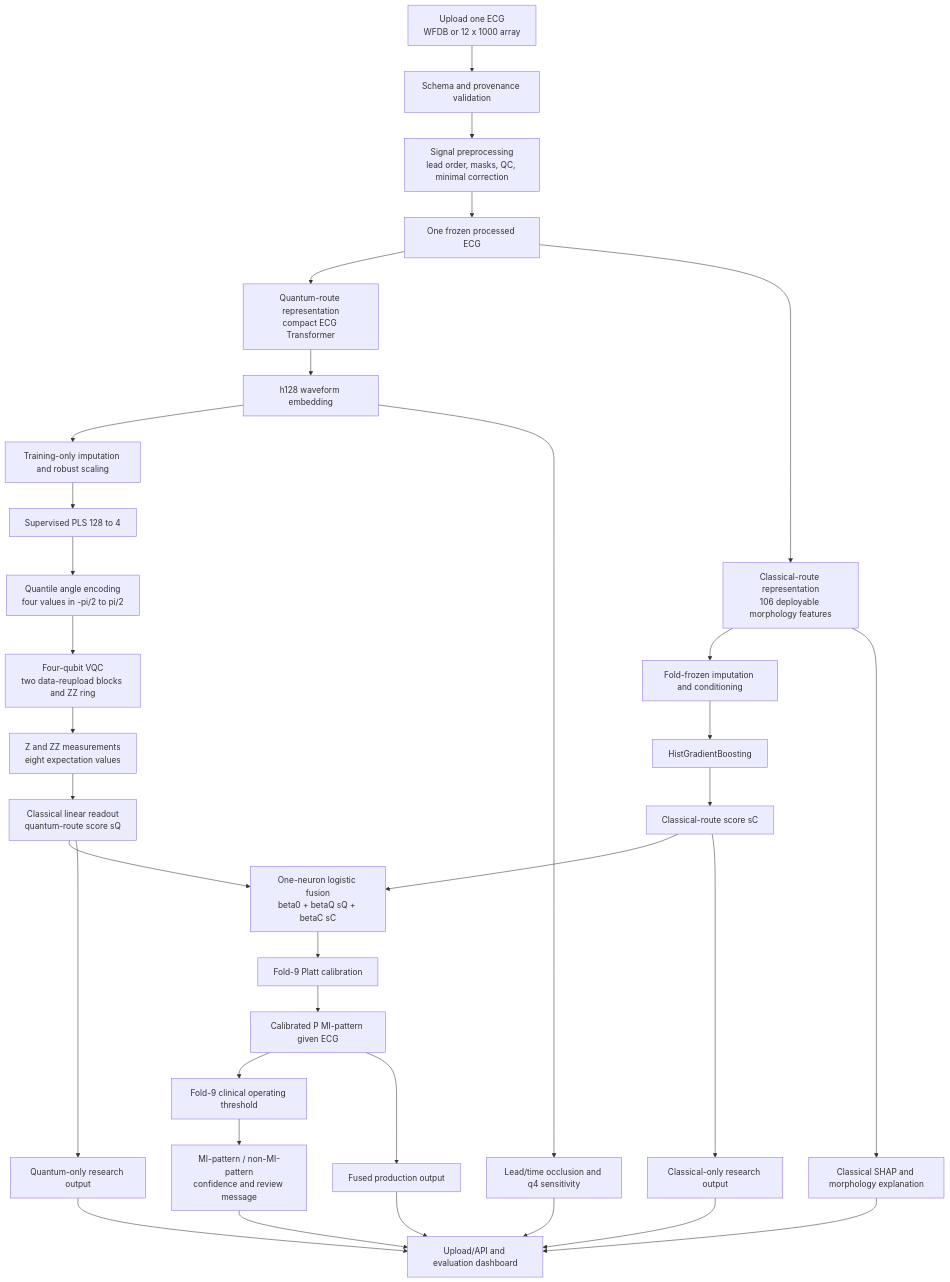
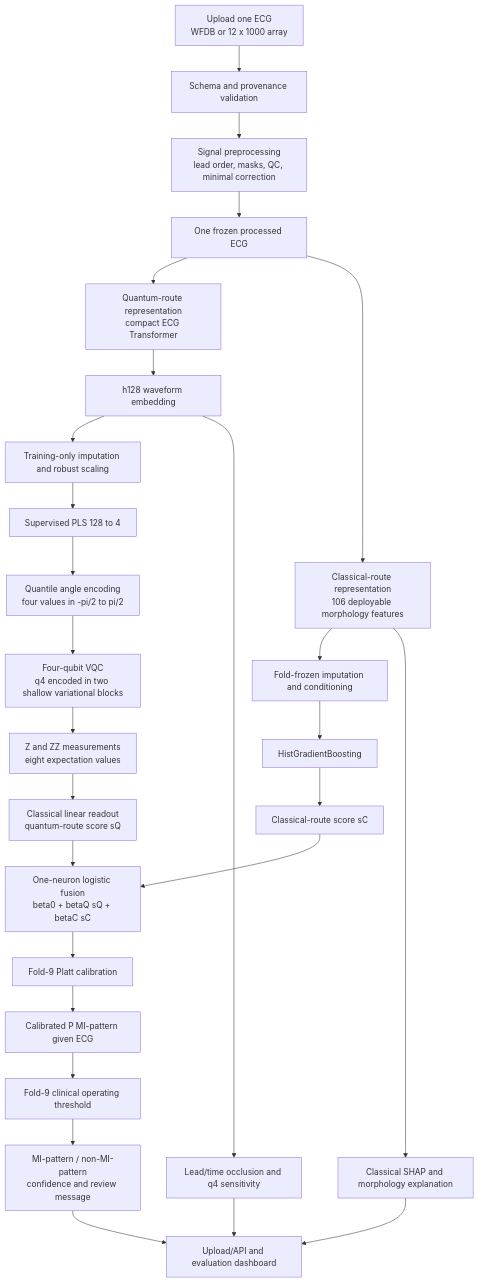
One commit to GaneshJamadar369/Quantum-ML-hybrid changed the first of 2 diagrams in docs/final_dual_route_requirement_audit_and_architecture_2026-09-27.md. Above: the diagram before and after it, drawn with Mermaid. The commit also changed other lines of this file and 1 other file, not shown here.

Commit message:
Clarify retained q4 encoding and production output

````diff
--- a/docs/final_dual_route_requirement_audit_and_architecture_2026-09-27.md
+++ b/docs/final_dual_route_requirement_audit_and_architecture_2026-09-27.md
@@ -38,40 +38,33 @@
 ```mermaid
 flowchart TD
     A[Upload one ECG<br/>WFDB or 12 x 1000 array] --> B[Schema and provenance validation]
     B --> C[Signal preprocessing<br/>lead order, masks, QC, minimal correction]
     C --> D[One frozen processed ECG]
 
     D --> Q1[Quantum-route representation<br/>compact ECG Transformer]
     Q1 --> Q2[h128 waveform embedding]
     Q2 --> Q3[Training-only imputation and robust scaling]
     Q3 --> Q4[Supervised PLS 128 to 4]
     Q4 --> Q5[Quantile angle encoding<br/>four values in -pi/2 to pi/2]
-    Q5 --> Q6[Four-qubit VQC<br/>two data-reupload blocks and ZZ ring]
+    Q5 --> Q6[Four-qubit VQC<br/>q4 encoded in two shallow variational blocks]
     Q6 --> Q7[Z and ZZ measurements<br/>eight expectation values]
     Q7 --> SQ[Classical linear readout<br/>quantum-route score sQ]
 
     D --> C1[Classical-route representation<br/>106 deployable morphology features]
     C1 --> C2[Fold-frozen imputation and conditioning]
     C2 --> C3[HistGradientBoosting]
     C3 --> SC[Classical-route score sC]
 
     SQ --> F[One-neuron logistic fusion<br/>beta0 + betaQ sQ + betaC sC]
     SC --> F
     F --> CAL[Fold-9 Platt calibration]
     CAL --> P[Calibrated P MI-pattern given ECG]
     P --> T[Fold-9 clinical operating threshold]
     T --> O[MI-pattern / non-MI-pattern<br/>confidence and review message]
 
-    SQ --> R1[Quantum-only research output]
-    SC --> R2[Classical-only research output]
-    P --> R3[Fused production output]
-
     C1 --> X1[Classical SHAP and morphology explanation]
     Q2 --> X2[Lead/time occlusion and q4 sensitivity]
     X1 --> UI[Upload/API and evaluation dashboard]
     X2 --> UI
     O --> UI
-    R1 --> UI
-    R2 --> UI
-    R3 --> UI
 ```
````
